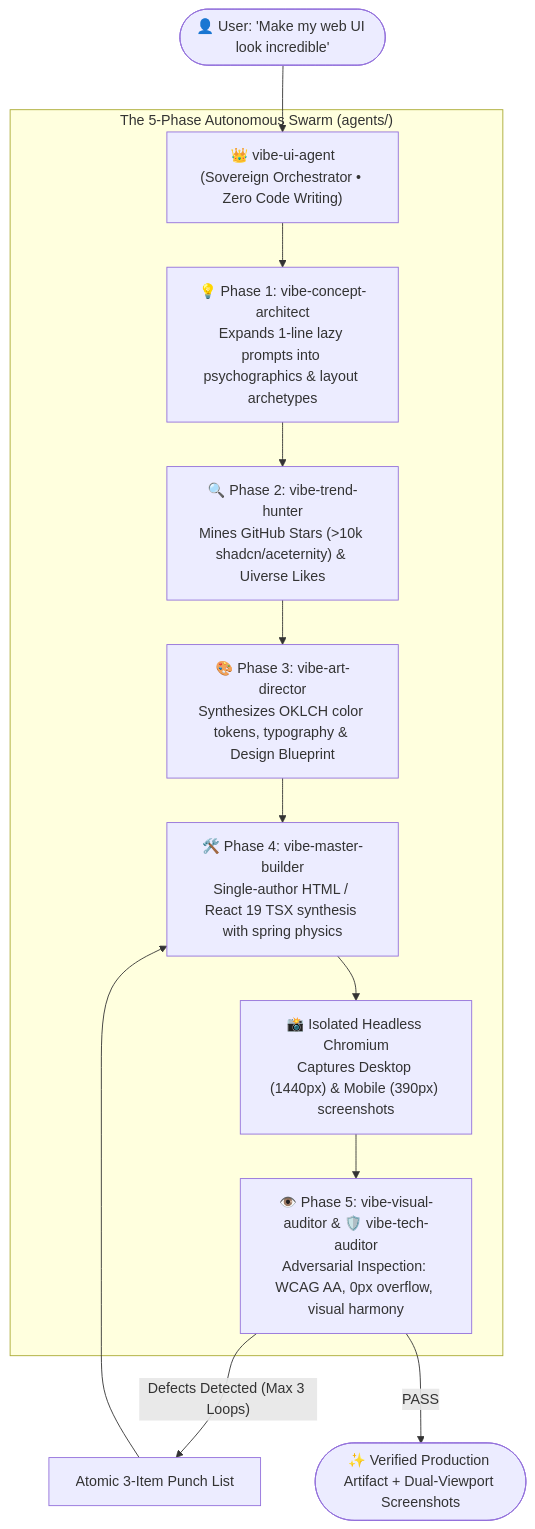
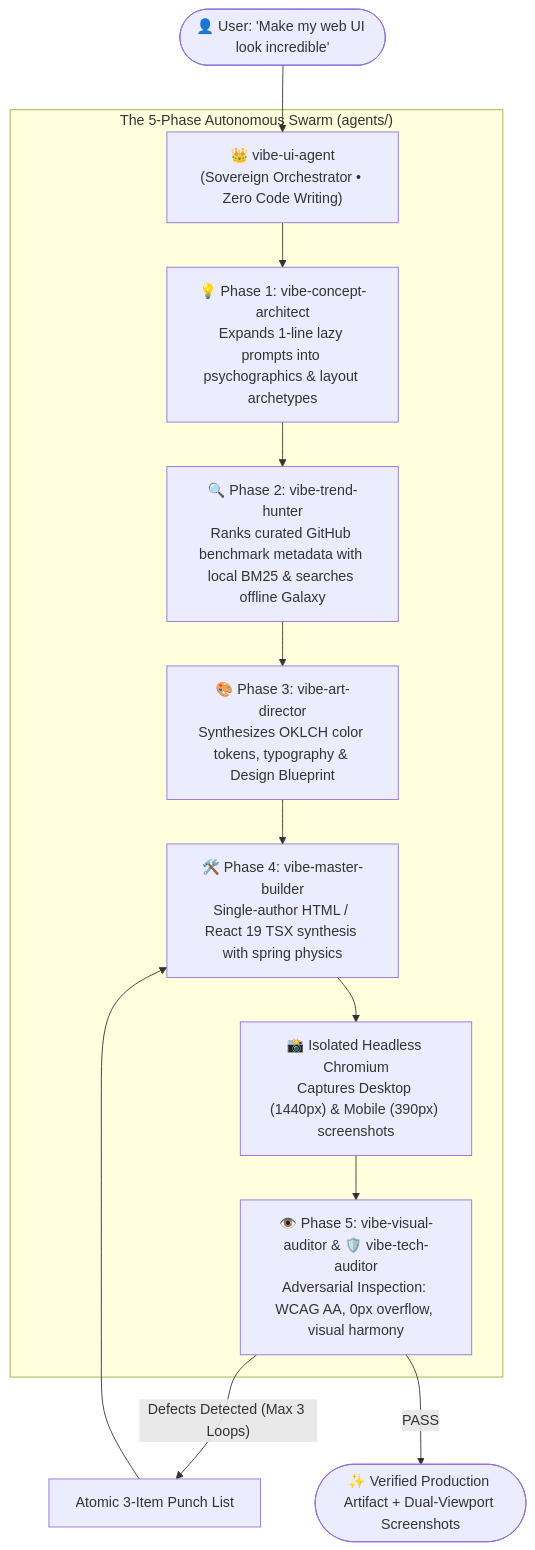
The diagram in README.md (omid-io/vibe-ui-suite), drawn with Mermaid before and after one commit. The commit also changed other lines of this file and 10 other files, not shown here.

````diff
--- a/README.md
+++ b/README.md
@@ -84,17 +84,17 @@
 ```mermaid
 flowchart TD
     User(["👤 User: 'Make my web UI look incredible'"]) --> Orchestrator["👑 vibe-ui-agent<br/>(Sovereign Orchestrator • Zero Code Writing)"]
     
     subgraph SwarmPipeline ["The 5-Phase Autonomous Swarm (agents/)"]
         Orchestrator --> P1["💡 Phase 1: vibe-concept-architect<br/>Expands 1-line lazy prompts into psychographics & layout archetypes"]
-        P1 --> P2["🔍 Phase 2: vibe-trend-hunter<br/>Mines GitHub Stars (>10k shadcn/aceternity) & Uiverse Likes"]
+        P1 --> P2["🔍 Phase 2: vibe-trend-hunter<br/>Ranks curated GitHub benchmark metadata with local BM25 & searches offline Galaxy"]
         P2 --> P3["🎨 Phase 3: vibe-art-director<br/>Synthesizes OKLCH color tokens, typography & Design Blueprint"]
         P3 --> P4["🛠️ Phase 4: vibe-master-builder<br/>Single-author HTML / React 19 TSX synthesis with spring physics"]
         P4 --> P5["📸 Isolated Headless Chromium<br/>Captures Desktop (1440px) & Mobile (390px) screenshots"]
         P5 --> P6["👁️ Phase 5: vibe-visual-auditor & 🛡️ vibe-tech-auditor<br/>Adversarial Inspection: WCAG AA, 0px overflow, visual harmony"]
     end
     
     P6 -- "Defects Detected (Max 3 Loops)" --> PunchList["Atomic 3-Item Punch List"]
     PunchList --> P4
     P6 -- "PASS" --> Delivery(["✨ Verified Production Artifact + Dual-Viewport Screenshots"])
 ```
````
